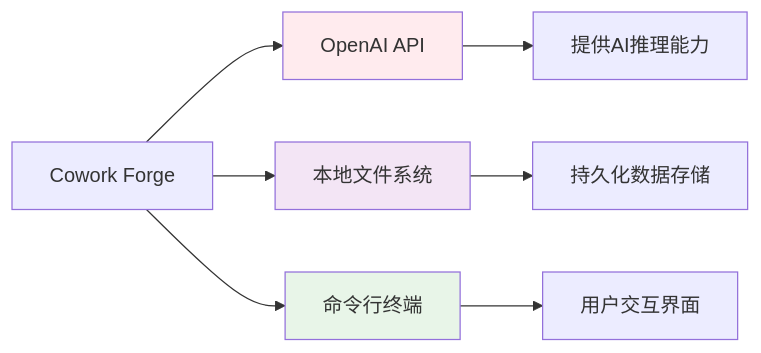
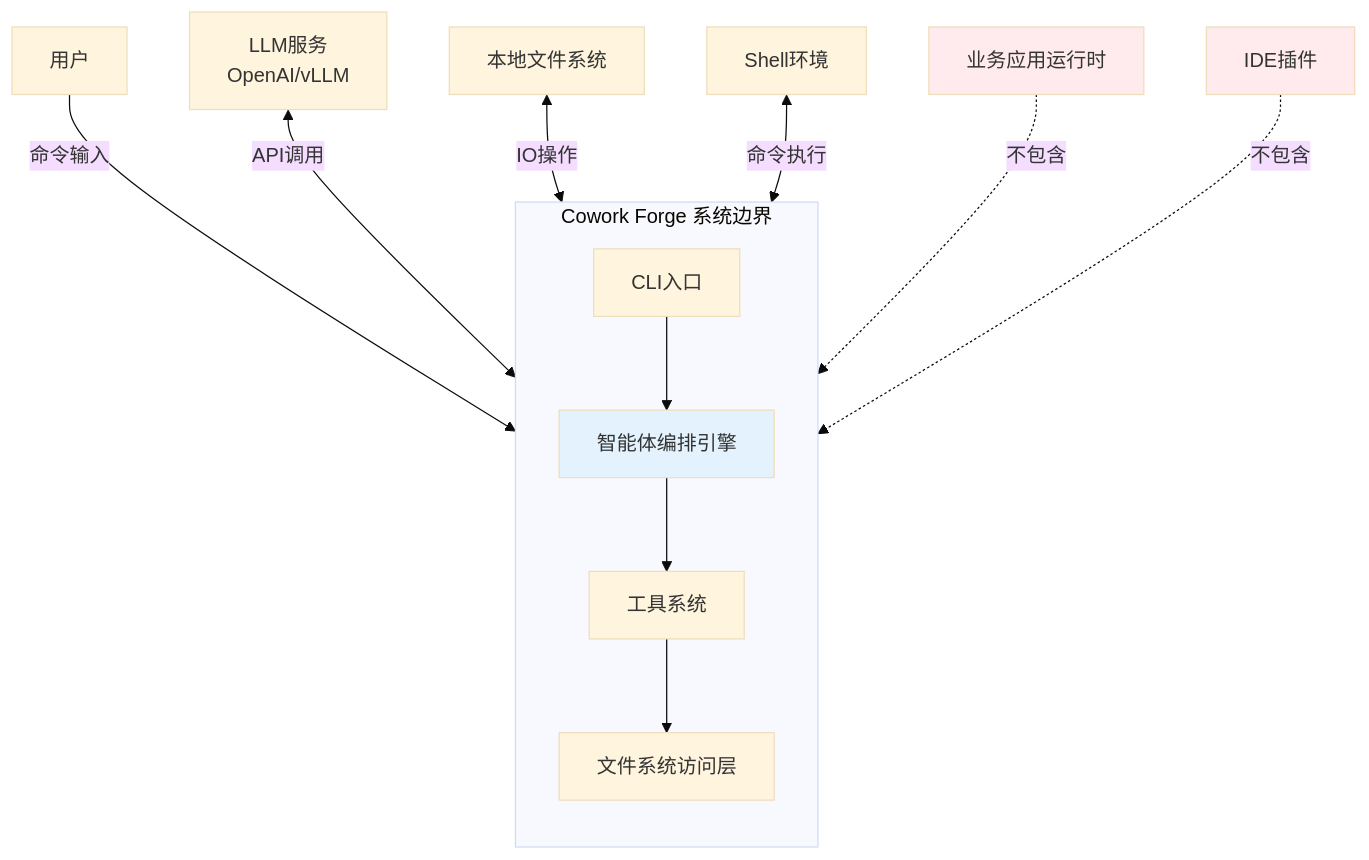
The third of 12 diagrams in litho.docs/zh/2、架构概览.md (sopaco/cowork-forge), drawn with Mermaid before and after one commit. The commit also changed other lines of this file and 27 other files, not shown here.

````diff
--- a/litho.docs/zh/2、架构概览.md
+++ b/litho.docs/zh/2、架构概览.md
@@ -96,14 +117,22 @@
 ```mermaid
-graph LR
-    A[Cowork Forge] --> B[OpenAI API]
-    A --> C[本地文件系统]
-    A --> D[命令行终端]
+%%{init: {'theme': 'base'}}%%
+graph TB
+    subgraph "Cowork Forge 系统边界"
+        direction TB
+        A[CLI入口] --> B[智能体编排引擎]
+        B --> C[工具系统]
+        C --> D[文件系统访问层]
+    end
     
-    B --> E[提供AI推理能力]
-    C --> F[持久化数据存储]
-    D --> G[用户交互界面]
+    E[用户] -->|命令输入| A
+    F[LLM服务<br/>OpenAI/vLLM] <-->|API调用| B
+    G[本地文件系统] <-->|IO操作| D
+    H[Shell环境] <-->|命令执行| C
     
-    style B fill:#ffebee
-    style C fill:#f3e5f5
-    style D fill:#e8f5e8
+    I[业务应用运行时] -.->|不包含| B
+    J[IDE插件] -.->|不包含| A
+    
+    style B fill:#e3f2fd
+    style I fill:#ffebee
+    style J fill:#ffebee
 ```
````
